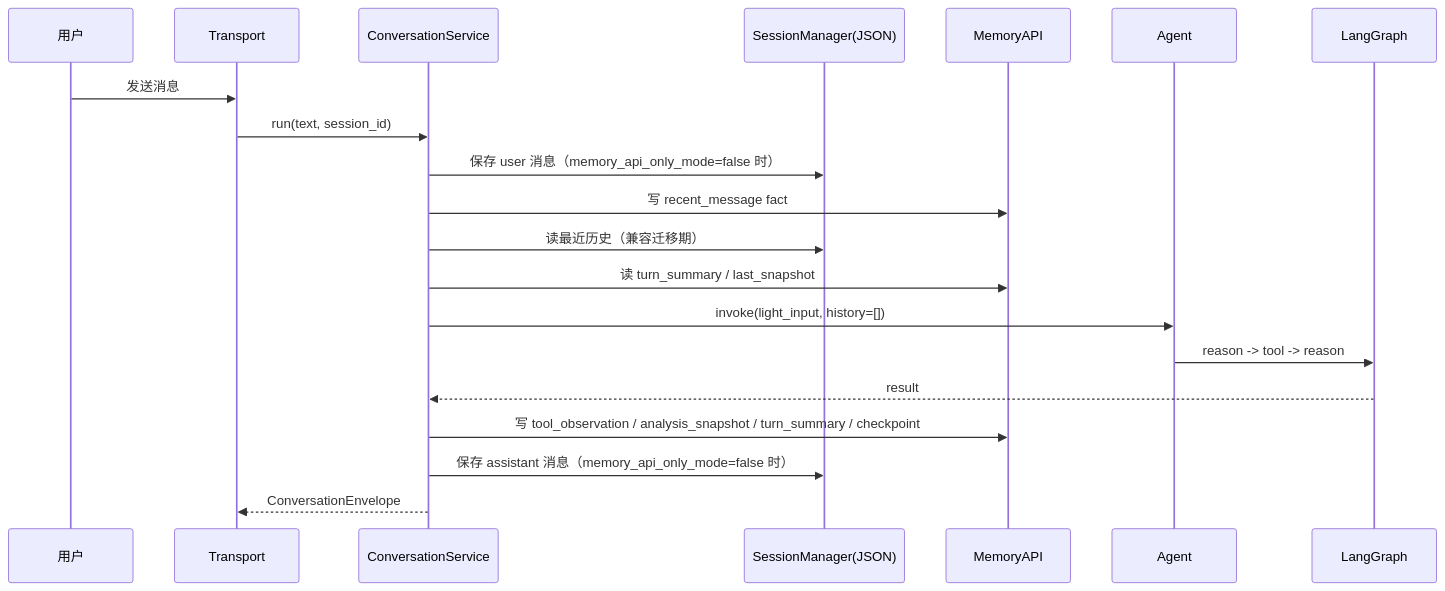
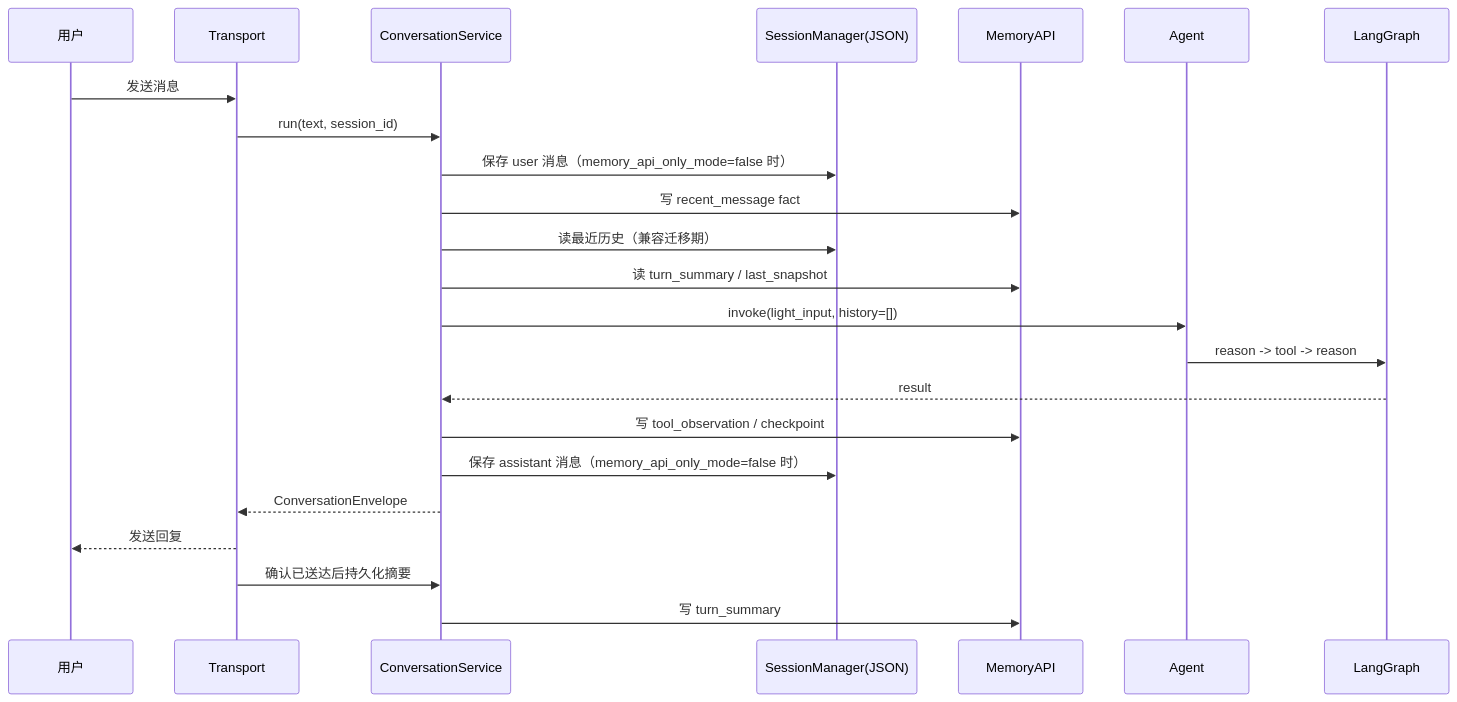
Before and after one commit to 7Gosts/MarketAssAgent: the second of 2 diagrams in docs/00_PROJECT_ARCHITECTURE.md, drawn with Mermaid. The commit also changed other lines of this file and 16 other files, not shown here.

````diff
--- a/docs/00_PROJECT_ARCHITECTURE.md
+++ b/docs/00_PROJECT_ARCHITECTURE.md
@@ -58,23 +58,26 @@
 ```mermaid
 sequenceDiagram
     participant U as 用户
     participant T as Transport
     participant CS as ConversationService
     participant S as SessionManager(JSON)
     participant M as MemoryAPI
     participant A as Agent
     participant G as LangGraph
 
     U->>T: 发送消息
     T->>CS: run(text, session_id)
     CS->>S: 保存 user 消息（memory_api_only_mode=false 时）
     CS->>M: 写 recent_message fact
     CS->>S: 读最近历史（兼容迁移期）
     CS->>M: 读 turn_summary / last_snapshot
     CS->>A: invoke(light_input, history=[])
     A->>G: reason -> tool -> reason
     G-->>CS: result
-    CS->>M: 写 tool_observation / analysis_snapshot / turn_summary / checkpoint
+    CS->>M: 写 tool_observation / checkpoint
     CS->>S: 保存 assistant 消息（memory_api_only_mode=false 时）
     CS-->>T: ConversationEnvelope
+    T-->>U: 发送回复
+    T->>CS: 确认已送达后持久化摘要
+    CS->>M: 写 turn_summary
 ```
````
